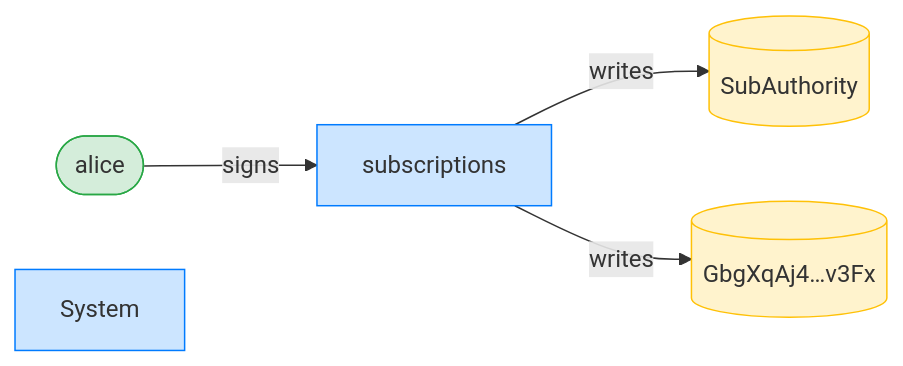
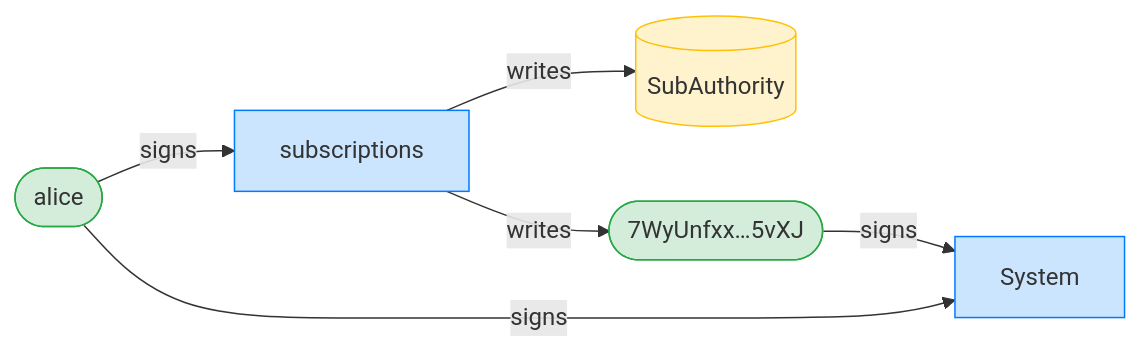
Before and after one commit to cds-rs/subscriptions: diagram 11 of 16 in dsl_tests/create-multiple-delegations-at-different-nonces.md, drawn with Mermaid. The commit also changed other lines of this file and 224 other files, not shown here.

````diff
--- a/dsl_tests/create-multiple-delegations-at-different-nonces.md
+++ b/dsl_tests/create-multiple-delegations-at-different-nonces.md
@@ -130,14 +212,16 @@
 ```mermaid
 flowchart LR
     classDef signer fill:#d4edda,stroke:#28a745;
     classDef program fill:#cce5ff,stroke:#007bff;
     classDef writable fill:#fff3cd,stroke:#ffc107;
     subscriptions[subscriptions]:::program
     alice([alice]):::signer
     SubAuthority[(SubAuthority)]:::writable
-    GbgXqAj4_v3Fx[("GbgXqAj4…v3Fx")]:::writable
+    7WyUnfxx_5vXJ(["7WyUnfxx…5vXJ"]):::signer
     System[System]:::program
     alice -->|signs| subscriptions
+    alice -->|signs| System
+    7WyUnfxx_5vXJ -->|signs| System
     subscriptions -->|writes| SubAuthority
-    subscriptions -->|writes| GbgXqAj4_v3Fx
+    subscriptions -->|writes| 7WyUnfxx_5vXJ
 ```
````
